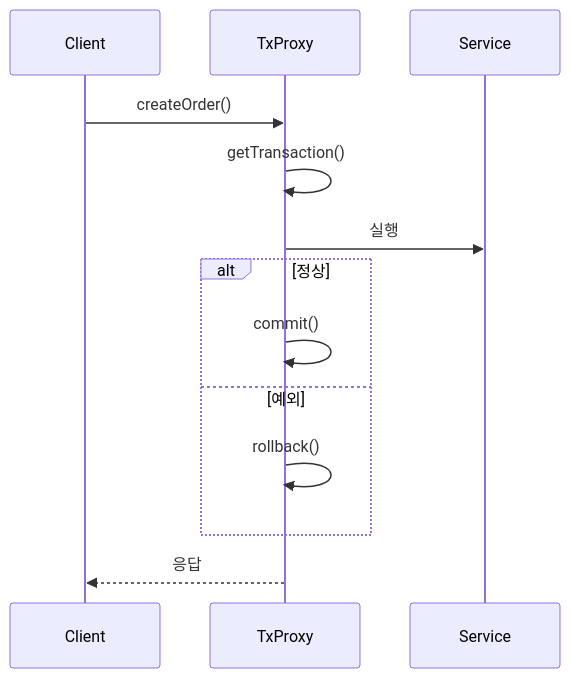
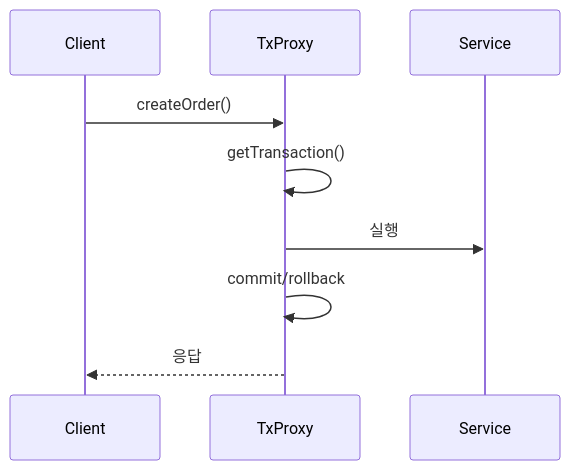
The first of 3 diagrams in _posts/spring/2026-05-01-spring-transaction.md (yjkim2015/yjkim2015.github.io), drawn with Mermaid before and after one commit. The commit also changed other lines of this file and 155 other files, not shown here.

First line of the commit message:
Mermaid 전면 수정: subgraph 제거, participant/노드/줄수 축소 (342블록)

````diff
--- a/_posts/spring/2026-05-01-spring-transaction.md
+++ b/_posts/spring/2026-05-01-spring-transaction.md
@@ -77,15 +77,11 @@
 ```mermaid
 sequenceDiagram
     participant C as Client
     participant P as TxProxy
     participant S as Service
     C->>P: createOrder()
     P->>P: getTransaction()
     P->>S: 실행
-    alt 정상
-        P->>P: commit()
-    else 예외
-        P->>P: rollback()
-    end
+    P->>P: commit/rollback
     P-->>C: 응답
 ```
````
